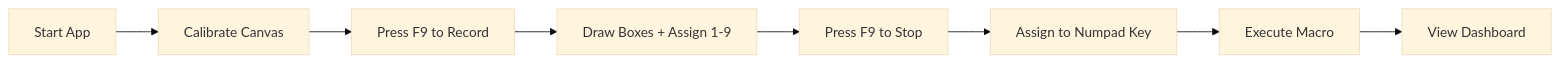
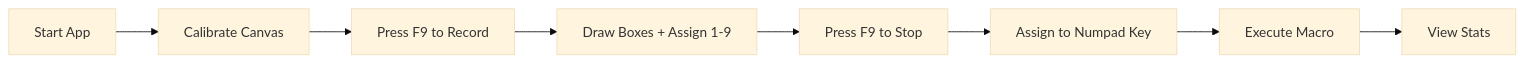
One commit to zinotino/MacroBox changed the first of 2 diagrams in README.md. Above: the diagram before and after it, drawn with Mermaid (base theme). The commit also changed other lines of this file and 64 other files, not shown here.

````diff
--- a/README.md
+++ b/README.md
@@ -87,10 +89,10 @@
 ```mermaid
 graph LR
     A[Start App] --> B[Calibrate Canvas]
     B --> C[Press F9 to Record]
     C --> D[Draw Boxes + Assign 1-9]
     D --> E[Press F9 to Stop]
     E --> F[Assign to Numpad Key]
     F --> G[Execute Macro]
-    G --> H[View Dashboard]
+    G --> H[View Stats]
 ```
````
